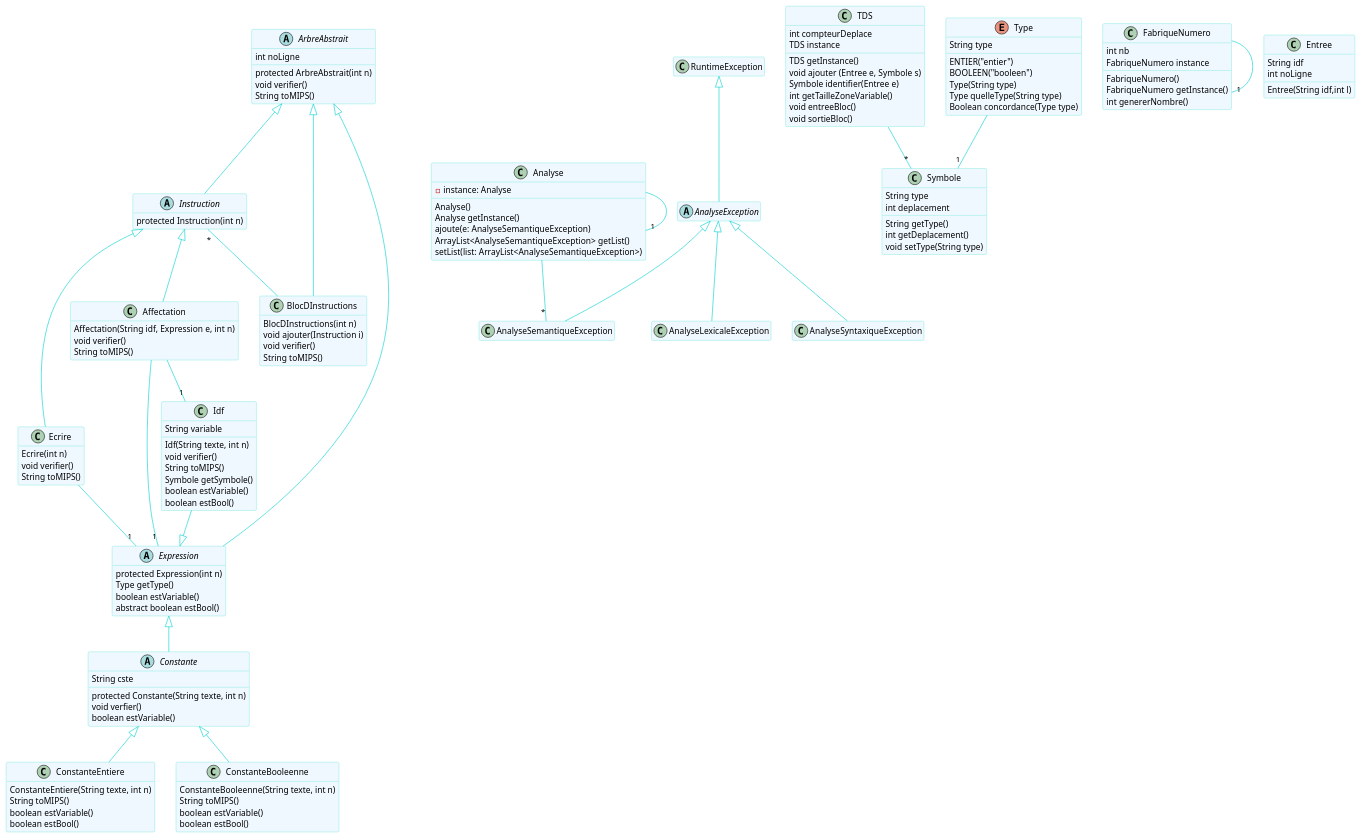
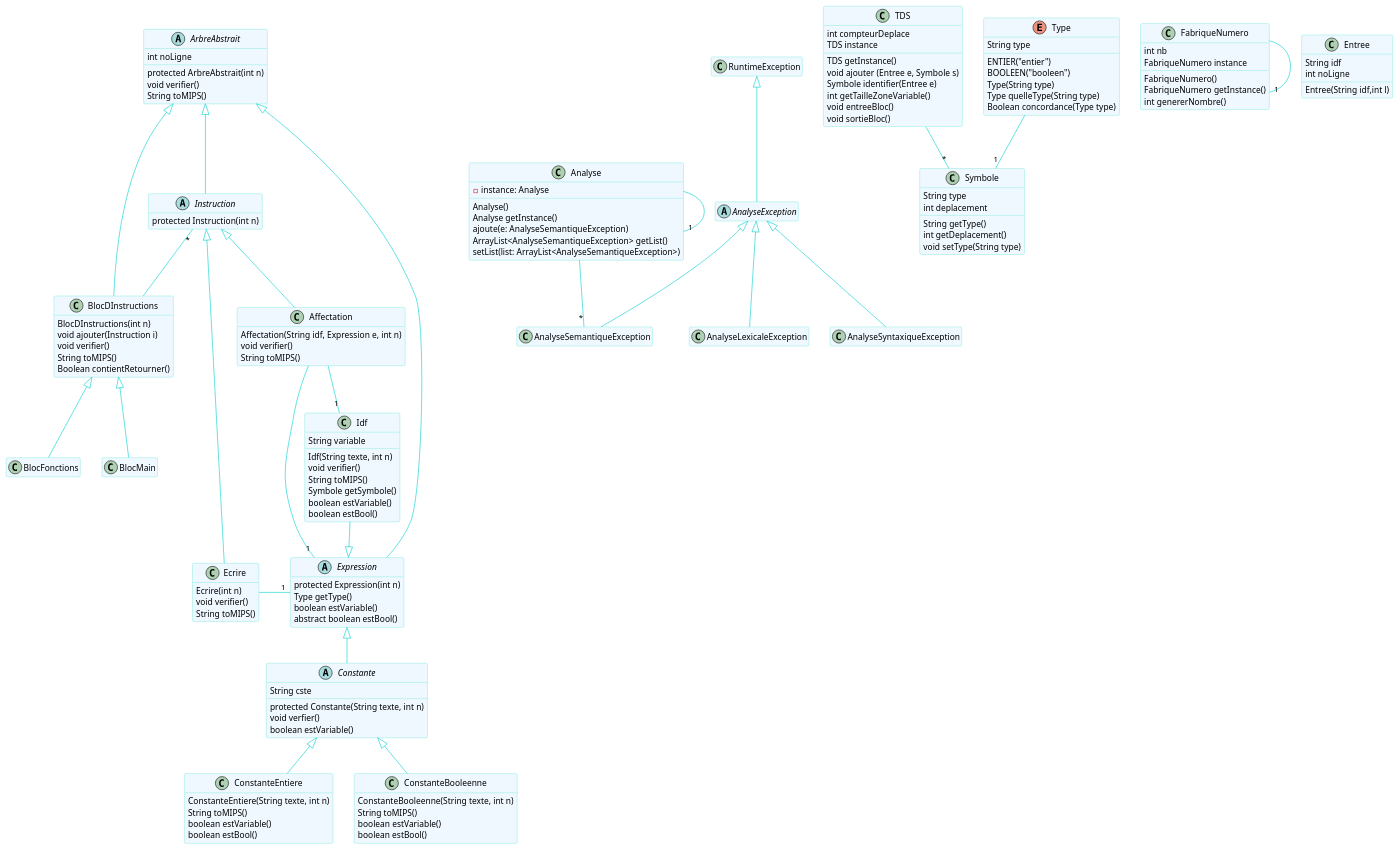
The diagram in src/uml/diagramme.puml (madisonnoyer54/Zoot), drawn with PlantUML before and after one commit.

Commit message:
maj du diagramme uml en cours

```diff
--- a/src/uml/diagramme.puml
+++ b/src/uml/diagramme.puml
@@ -1,165 +1,171 @@
 @startuml
 skinparam class {
 BackgroundColor AliceBlue
 ArrowColor DarkTurquoise
 BorderColor Turquoise
 }
 
 skinparam stereotypeCBackgroundColor DarkTurquoise
 skinparam stereotypeIBackgroundColor Magenta
 skinparam stereotypeABackgroundColor Yellow
 
 hide stereotype
 hide empty member
 
 abstract class AnalyseException
 
 AnalyseException -up-|> RuntimeException
 
 AnalyseLexicaleException -up-|> AnalyseException
 AnalyseSyntaxiqueException -up-|> AnalyseException
 AnalyseSemantiqueException -up-|> AnalyseException
 
 class Analyse {
   -instance: Analyse
   Analyse()
   Analyse getInstance()
   ajoute(e: AnalyseSemantiqueException)
   ArrayList<AnalyseSemantiqueException> getList()
   setList(list: ArrayList<AnalyseSemantiqueException>)
 }
 Analyse --"1" Analyse
 Analyse --"*" AnalyseSemantiqueException
 
 
 abstract class ArbreAbstrait {
    int noLigne
    protected ArbreAbstrait(int n)
    void verifier()
    String toMIPS()
 }
 
 class BlocDInstructions {
    BlocDInstructions(int n)
    void ajouter(Instruction i)
    void verifier()
    String toMIPS()
+   Boolean contientRetourner()
 }
+class BlocFonctions {
+}
+class BlocMain{}
 
 BlocDInstructions -up-|> ArbreAbstrait
+BlocFonctions -up-|> BlocDInstructions
+BlocMain -up-|> BlocDInstructions
 BlocDInstructions -up- "*" Instruction
 
 abstract class Instruction {
    protected Instruction(int n)
 }
 
 Instruction -up-|> ArbreAbstrait
 class Ecrire {
    Ecrire(int n)
    void verifier()
    String toMIPS()
 }
 
 Ecrire  -up-|> Instruction
 
 abstract class Expression {
    protected Expression(int n)
    Type getType()
    boolean estVariable()
    abstract boolean estBool()
 }
 
 Expression  -up-|> ArbreAbstrait
 Ecrire - "1" Expression
 
 abstract class Constante {
    String cste
    protected Constante(String texte, int n)
    void verfier()
    boolean estVariable()
 }
 
 Constante  -up-|> Expression
 
 class ConstanteEntiere {
    ConstanteEntiere(String texte, int n)
    String toMIPS()
    boolean estVariable()
    boolean estBool()
 }
 
 class ConstanteBooleenne {
    ConstanteBooleenne(String texte, int n)
    String toMIPS()
    boolean estVariable()
    boolean estBool()
 }
 
 class TDS {
 int compteurDeplace
 TDS instance
 TDS getInstance()
 void ajouter (Entree e, Symbole s)
 Symbole identifier(Entree e)
 int getTailleZoneVariable()
 void entreeBloc()
 void sortieBloc()
 }
 class FabriqueNumero {
   int nb
   FabriqueNumero instance
   FabriqueNumero()
   FabriqueNumero getInstance()
   int genererNombre()
 }
 FabriqueNumero --"1" FabriqueNumero
 
 class Symbole{
 String type
 int deplacement
 String getType()
 int getDeplacement()
 void setType(String type)
 }
 
 TDS --"*" Symbole
 Type --"1" Symbole
 
 ConstanteEntiere  -up-|> Constante
 ConstanteBooleenne  -up-|> Constante
 
 enum Type{
 ENTIER("entier")
 BOOLEEN("booleen")
 String type
 Type(String type)
 Type quelleType(String type)
 Boolean concordance(Type type)
 }
 
 class Entree{
 String idf
 int noLigne
 Entree(String idf,int l)
 }
 
 class Affectation {
 Affectation(String idf, Expression e, int n)
 void verifier()
 String toMIPS()
 }
 Affectation --"1" Idf
 Affectation --"1" Expression
 Affectation  -up-|> Instruction
 
 class Idf{
 String variable
 Idf(String texte, int n)
 void verifier()
 String toMIPS()
 Symbole getSymbole()
 boolean estVariable()
 boolean estBool()
 }
 Idf --|> Expression
 @enduml
```
